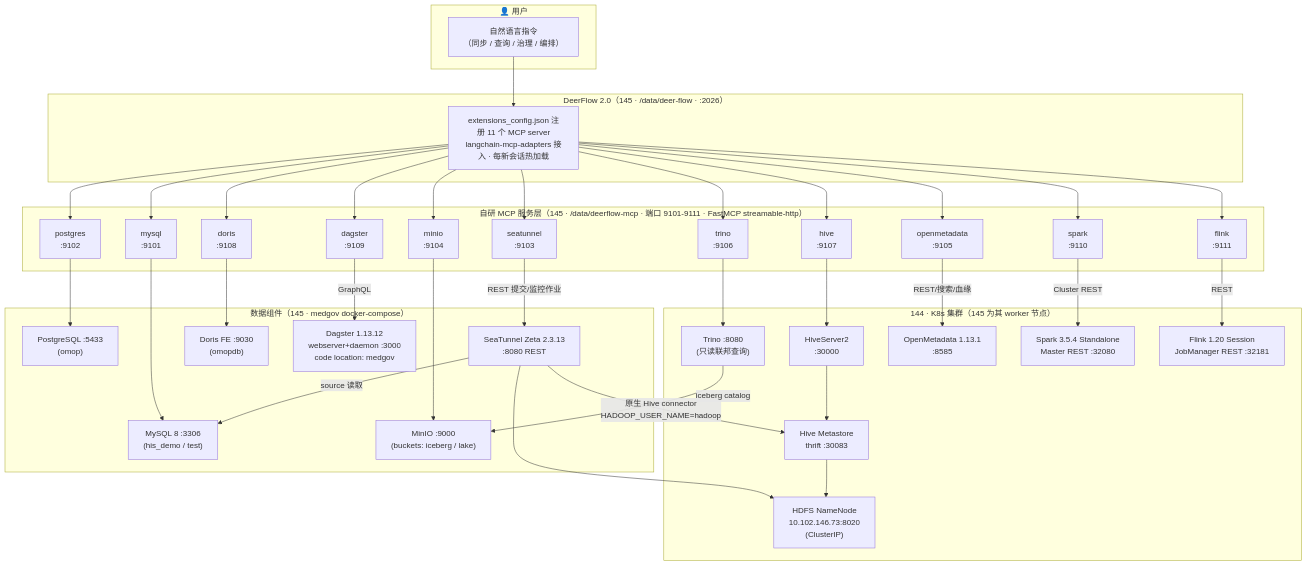
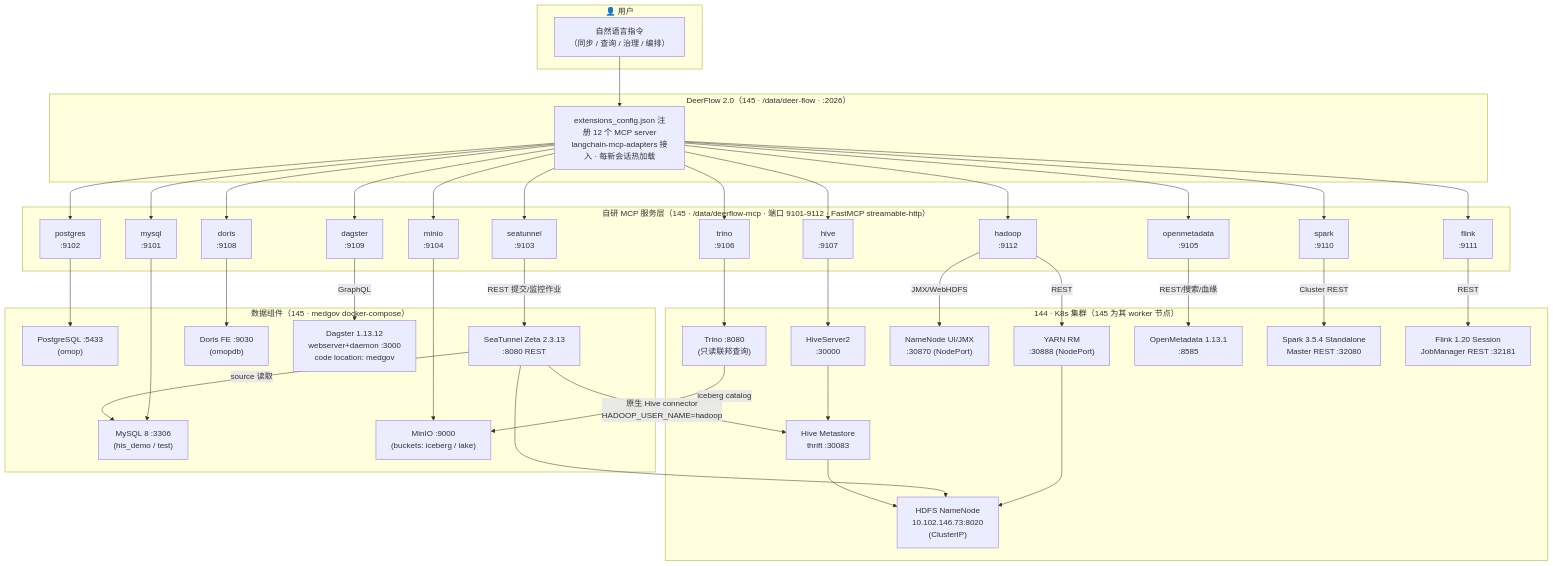
Before and after one commit to dkl-2019/Medical-LLM-platform: the diagram in README.md, drawn with Mermaid. The commit also changed other lines of this file and 6 other files, not shown here.

Commit message:
feat: Hadoop MCP 接入(9112 只读集群监控) + MCP Docker 部署手册

````diff
--- a/README.md
+++ b/README.md
@@ -21,65 +21,71 @@
 ```mermaid
 flowchart TB
     subgraph USER["👤 用户"]
         U["自然语言指令<br/>（同步 / 查询 / 治理 / 编排）"]
     end
 
     subgraph DF["DeerFlow 2.0（145 · /data/deer-flow · :2026）"]
-        D["extensions_config.json 注册 11 个 MCP server<br/>langchain-mcp-adapters 接入 · 每新会话热加载"]
+        D["extensions_config.json 注册 12 个 MCP server<br/>langchain-mcp-adapters 接入 · 每新会话热加载"]
     end
 
-    subgraph MCP["自研 MCP 服务层（145 · /data/deerflow-mcp · 端口 9101-9111 · FastMCP streamable-http）"]
+    subgraph MCP["自研 MCP 服务层（145 · /data/deerflow-mcp · 端口 9101-9112 · FastMCP streamable-http）"]
         M1["mysql<br/>:9101"]
         M2["postgres<br/>:9102"]
         M3["seatunnel<br/>:9103"]
         M4["minio<br/>:9104"]
         M5["openmetadata<br/>:9105"]
         M6["trino<br/>:9106"]
         M7["hive<br/>:9107"]
         M8["doris<br/>:9108"]
         M9["dagster<br/>:9109"]
         M10["spark<br/>:9110"]
         M11["flink<br/>:9111"]
+        M12["hadoop<br/>:9112"]
     end
 
     subgraph N145["数据组件（145 · medgov docker-compose）"]
         MYSQL["MySQL 8 :3306<br/>(his_demo / test)"]
         PG["PostgreSQL :5433<br/>(omop)"]
         ST["SeaTunnel Zeta 2.3.13<br/>:8080 REST"]
         MINIO["MinIO :9000<br/>(buckets: iceberg / lake)"]
         DORIS["Doris FE :9030<br/>(omopdb)"]
         DAG["Dagster 1.13.12<br/>webserver+daemon :3000<br/>code location: medgov"]
     end
 
     subgraph N144["144 · K8s 集群（145 为其 worker 节点）"]
         HS2["HiveServer2<br/>:30000"]
         MS["Hive Metastore<br/>thrift :30083"]
         HDFS["HDFS NameNode<br/>10.102.146.73:8020<br/>(ClusterIP)"]
+        YARNRM["YARN RM<br/>:30888 (NodePort)"]
+        NNU["NameNode UI/JMX<br/>:30870 (NodePort)"]
         TRINO["Trino :8080<br/>(只读联邦查询)"]
         OM["OpenMetadata 1.13.1<br/>:8585"]
         SPARK["Spark 3.5.4 Standalone<br/>Master REST :32080"]
         FLINK["Flink 1.20 Session<br/>JobManager REST :32181"]
     end
 
     U --> D
-    D --> M1 & M2 & M3 & M4 & M5 & M6 & M7 & M8 & M9 & M10 & M11
+    D --> M1 & M2 & M3 & M4 & M5 & M6 & M7 & M8 & M9 & M10 & M11 & M12
 
     M1 --> MYSQL
     M2 --> PG
     M3 -- "REST 提交/监控作业" --> ST
     M4 --> MINIO
     M5 -- "REST/搜索/血缘" --> OM
     M6 --> TRINO
     M7 --> HS2
     M8 --> DORIS
     M9 -- "GraphQL" --> DAG
     M10 -- "Cluster REST" --> SPARK
     M11 -- "REST" --> FLINK
+    M12 -- "JMX/WebHDFS" --> NNU
+    M12 -- "REST" --> YARNRM
+    YARNRM --> HDFS
 
     ST -- "原生 Hive connector<br/>HADOOP_USER_NAME=hadoop" --> MS
     ST --> HDFS
     ST -- "source 读取" --> MYSQL
     TRINO -- "iceberg catalog" --> MINIO
     HS2 --> MS
     MS --> HDFS
 ```
````
